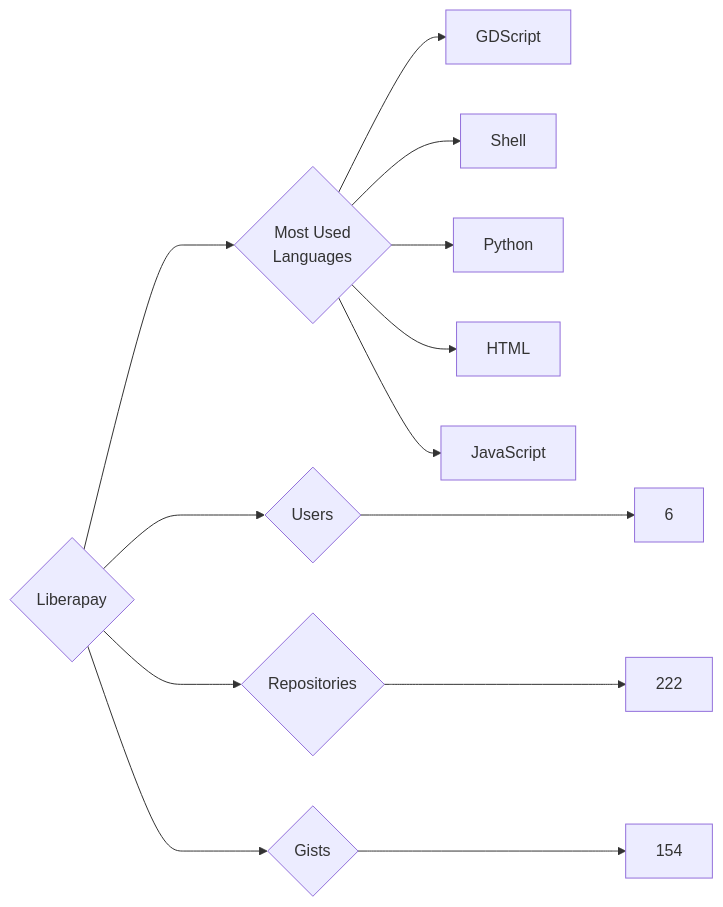
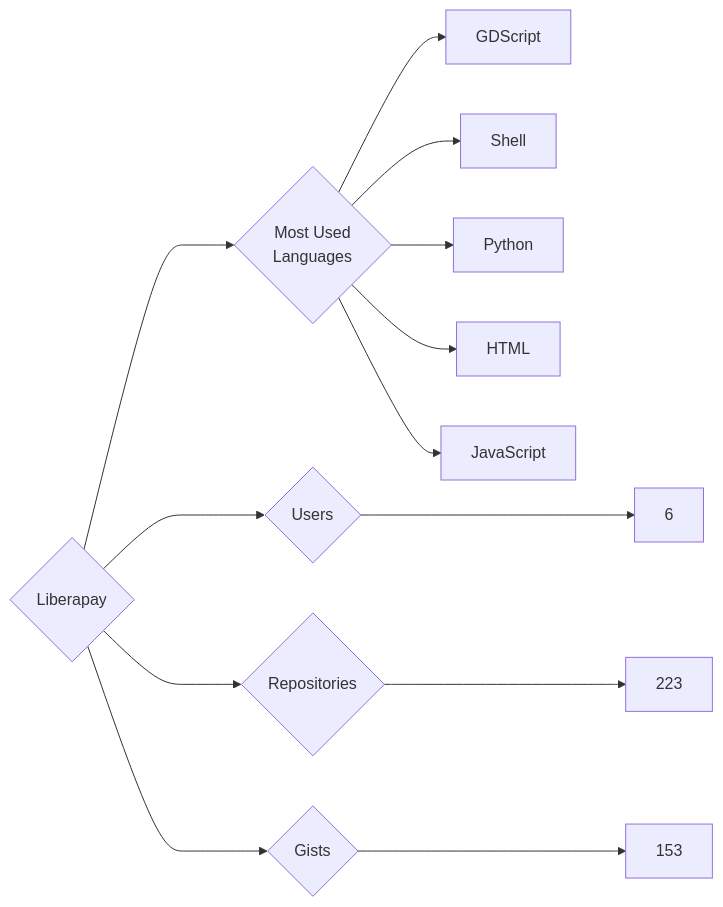
One commit to trickest/insiders changed the diagram in targets/Liberapay/README.md. Above: the diagram before and after it, drawn with Mermaid. The commit also changed 871 other files, not shown here.

````diff
--- a/targets/Liberapay/README.md
+++ b/targets/Liberapay/README.md
@@ -3,13 +3,13 @@
 ```mermaid
 graph LR
 COMPANY_NAME{Liberapay}
 COMPANY_NAME ---> U{Users} ---> UN[6]
-COMPANY_NAME ---> R{Repositories} ---> RN[222]
-COMPANY_NAME ---> G{Gists} ---> GN[154]
+COMPANY_NAME ---> R{Repositories} ---> RN[223]
+COMPANY_NAME ---> G{Gists} ---> GN[153]
 COMPANY_NAME ---> ML{Most Used<br>Languages}
 ML --> GDScript[GDScript]
 ML --> Shell[Shell]
 ML --> Python[Python]
 ML --> HTML[HTML]
 ML --> JavaScript[JavaScript]
 ```
````
